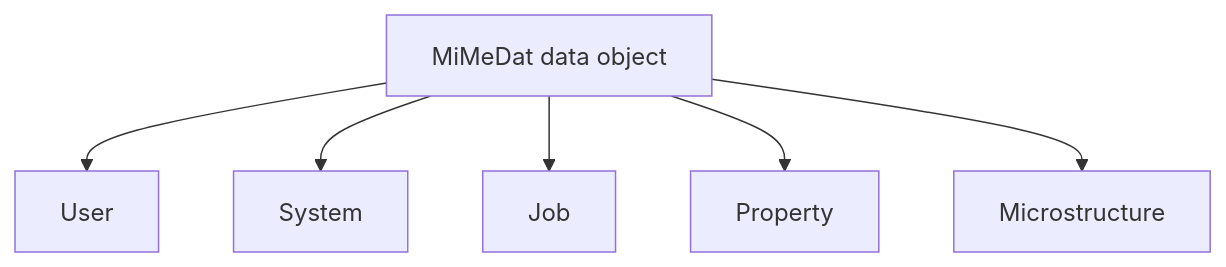
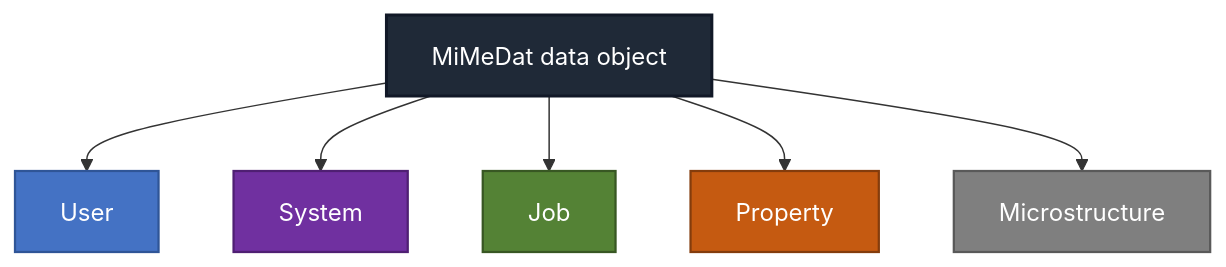
Before and after one commit to YousefRezek/MiMeDat: the second of 4 diagrams in README.md, drawn with Mermaid. The commit also changed other lines of this file, not shown here.

Commit message:
Adding colour to graphs

````diff
--- a/README.md
+++ b/README.md
@@ -72,11 +72,24 @@
 ```mermaid
 flowchart TB
     M[MiMeDat data object]
 
     M --> U[User]
     M --> S[System]
     M --> J[Job]
     M --> P[Property]
     M --> MS[Microstructure]
 
+    classDef root fill:#1F2937,stroke:#111827,color:#FFFFFF,stroke-width:2px;
+    classDef user fill:#4472C4,stroke:#2F5597,color:#FFFFFF,stroke-width:1.5px;
+    classDef system fill:#7030A0,stroke:#4F1F73,color:#FFFFFF,stroke-width:1.5px;
+    classDef job fill:#548235,stroke:#385723,color:#FFFFFF,stroke-width:1.5px;
+    classDef property fill:#C55A11,stroke:#843C0C,color:#FFFFFF,stroke-width:1.5px;
+    classDef microstructure fill:#7F7F7F,stroke:#595959,color:#FFFFFF,stroke-width:1.5px;
+
+    class M root;
+    class U user;
+    class S system;
+    class J job;
+    class P property;
+    class MS microstructure;
 ```
````
